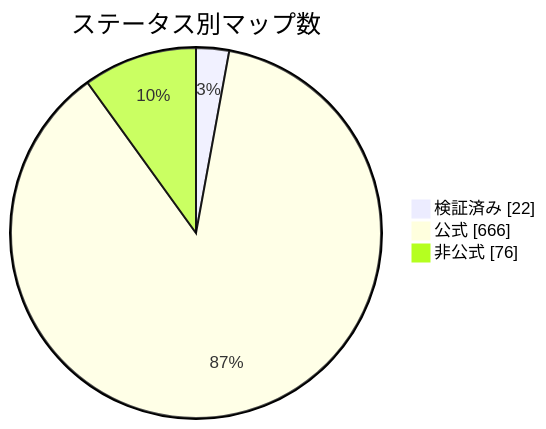
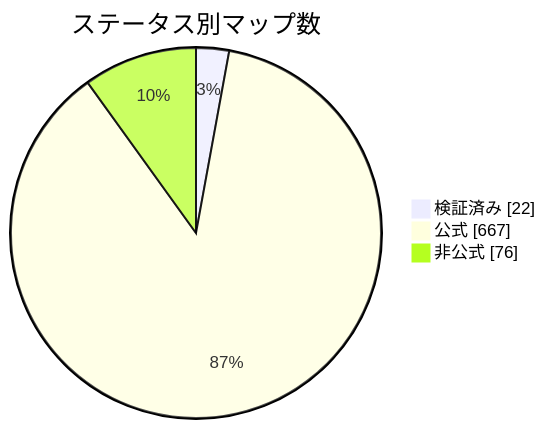
One commit to nobrega8/mbmap-library changed the diagram in docs/readme/README_JP.md. Above: the diagram before and after it, drawn with Mermaid. The commit also changed 6 other files, not shown here.

Commit message:
Add EQUYSIS Ultra-TT ultrasonic flow meter map (closes #592) (#610)

````diff
--- a/docs/readme/README_JP.md
+++ b/docs/readme/README_JP.md
@@ -54,7 +54,7 @@
 ```mermaid
 pie showData
     title ステータス別マップ数
     "検証済み" : 22
-    "公式" : 666
+    "公式" : 667
     "非公式" : 76
 ```
````
